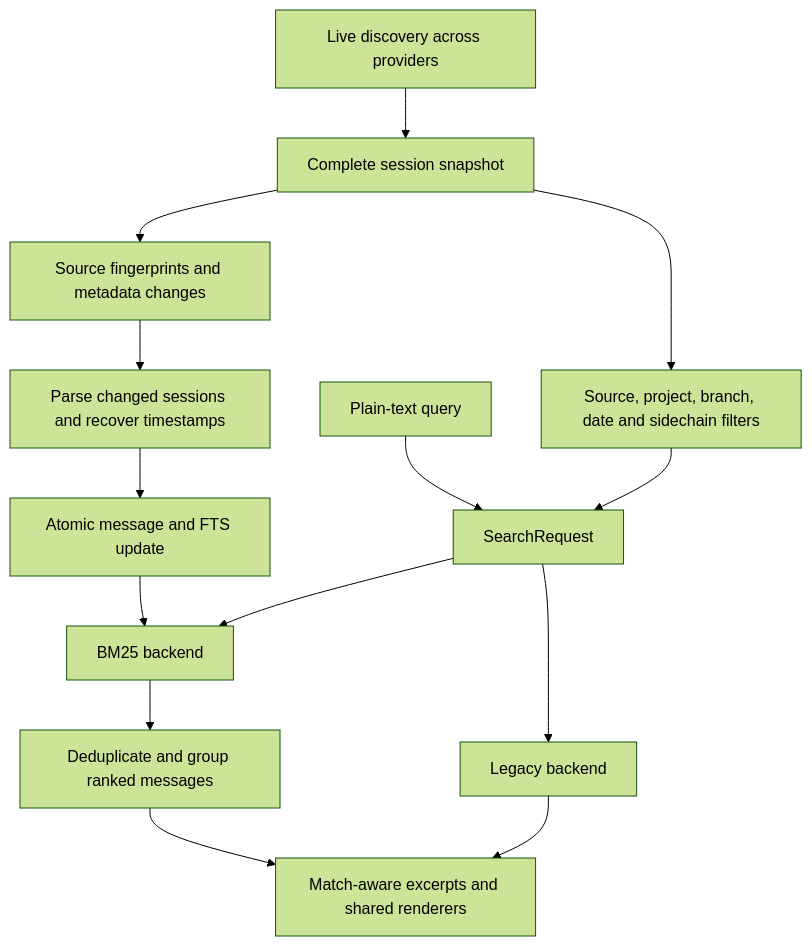
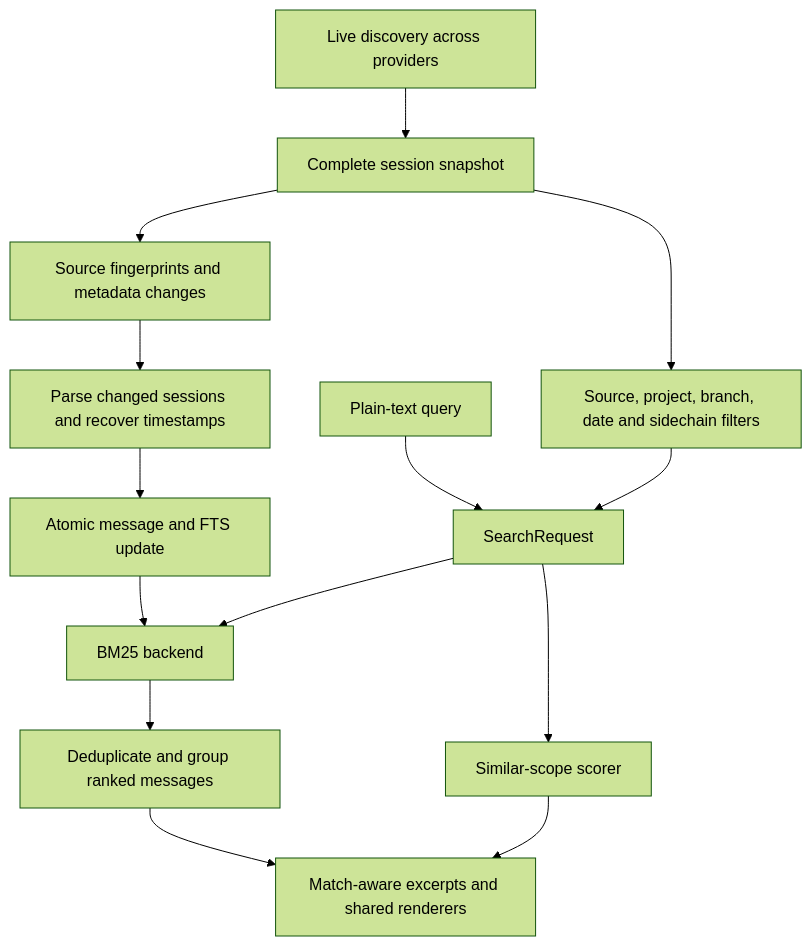
The diagram in docs/search-architecture.md (ay-bh/chat-history), drawn with Mermaid (forest theme) before and after one commit. The commit also changed other lines of this file and 13 other files, not shown here.

````diff
--- a/docs/search-architecture.md
+++ b/docs/search-architecture.md
@@ -29,16 +30,16 @@
 ```mermaid
 flowchart TD
     A[Live discovery across providers] --> B[Complete session snapshot]
     B --> C[Source fingerprints and metadata changes]
     C --> D[Parse changed sessions and recover timestamps]
     D --> E[Atomic message and FTS update]
     B --> F[Source, project, branch, date and sidechain filters]
     Q[Plain-text query] --> G[SearchRequest]
     F --> G
     E --> H[BM25 backend]
     G --> H
-    G --> L[Legacy backend]
+    G --> L[Similar-scope scorer]
     H --> I[Deduplicate and group ranked messages]
     I --> J[Match-aware excerpts and shared renderers]
     L --> J
 ```
````
